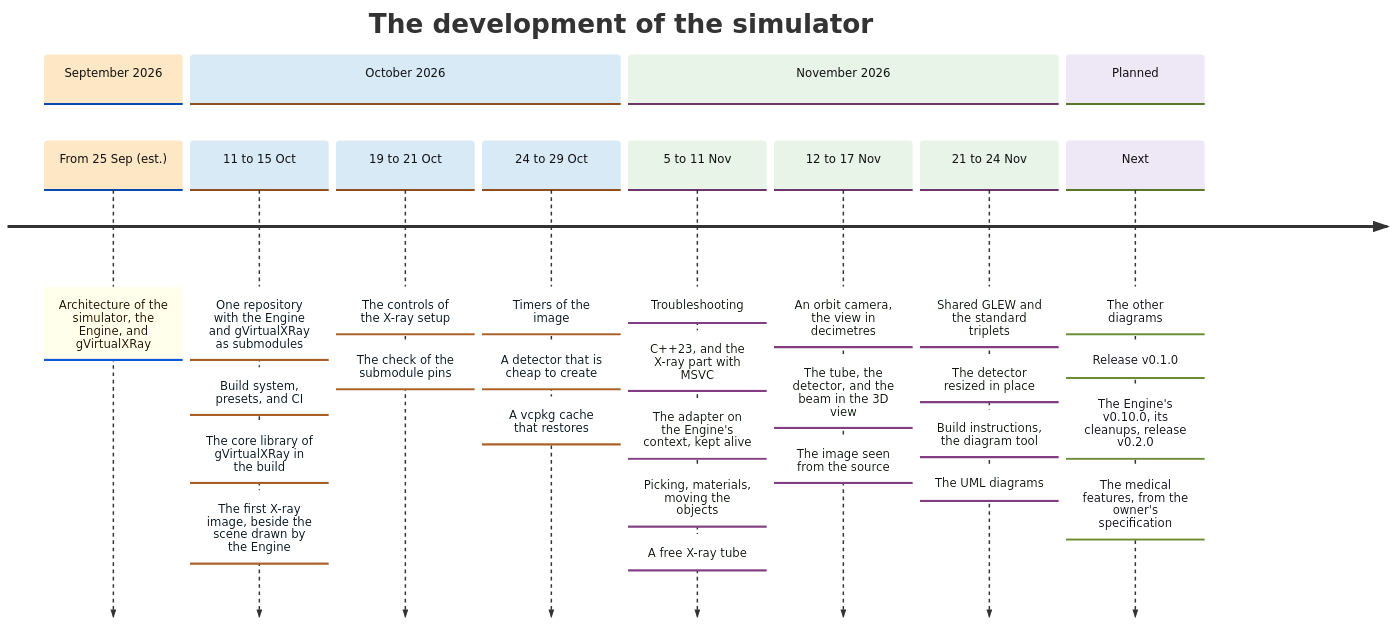
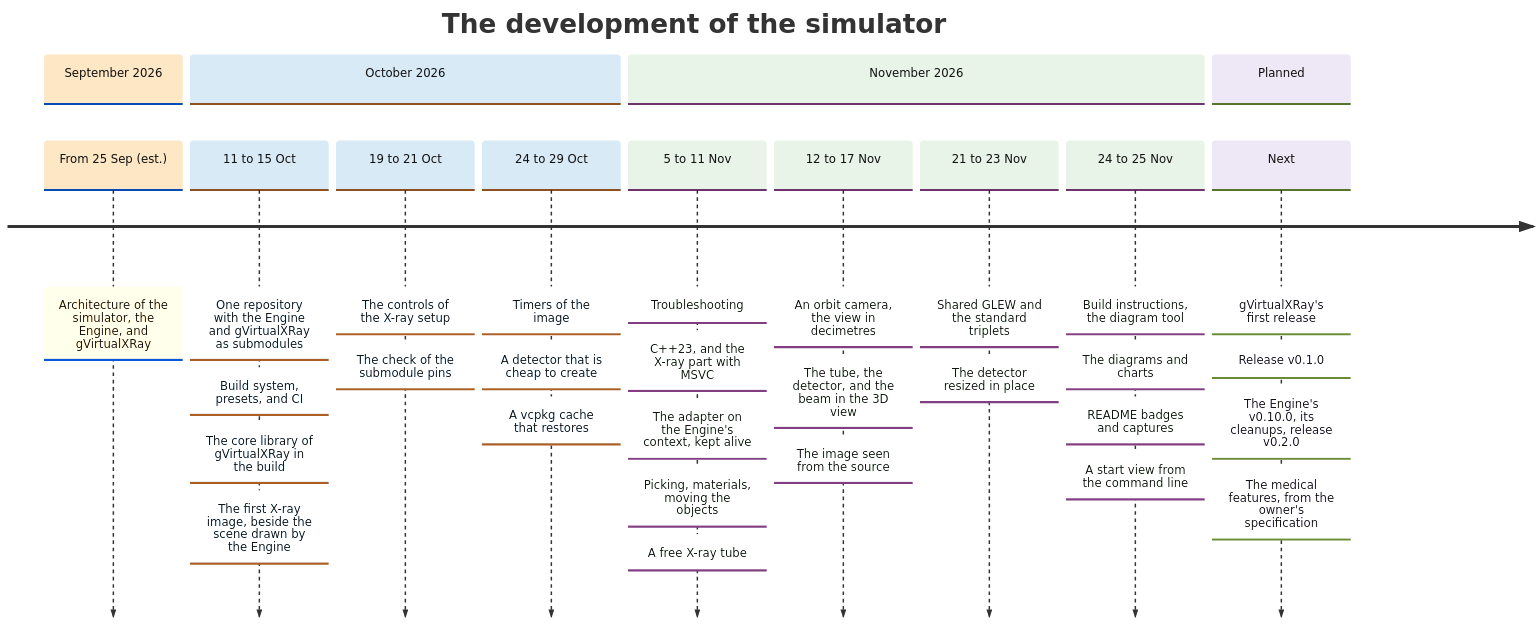
The diagram in docs/diagrams/chronology/simulator_timeline.mmd (emartg/xray-sim), drawn with Mermaid before and after one commit. The commit also changed 19 other files, not shown here.

First line of the commit message:
Show the Whole X-ray Setup in the README and Update the Documents and Diagrams

```diff
--- a/docs/diagrams/chronology/simulator_timeline.mmd
+++ b/docs/diagrams/chronology/simulator_timeline.mmd
@@ -1,32 +1,33 @@
 ---
 config:
   fontFamily: "Segoe UI, Arial, sans-serif"
   theme: base
   themeVariables:
     fontSize: 16px
     cScale0: "#fde7c4"
     cScale1: "#d9eaf7"
     cScale2: "#e8f4e8"
     cScale3: "#ede7f6"
     cScaleLabel0: "#111111"
     cScaleLabel1: "#111111"
     cScaleLabel2: "#111111"
     cScaleLabel3: "#111111"
 ---
 %% The development of the simulator, from the merges of the main branch (git log --first-parent), named by the work done. September's
 %% analysis has no commit in this repository, so its date is an estimate (est.). Nothing planned has a date until it is merged.
 %% Kept by hand: each release adds its row, and the planned items move up when they are merged.
 timeline
     title The development of the simulator
     section September 2026
         From 25 Sep (est.) : Architecture of the simulator, the Engine, and gVirtualXRay
     section October 2026
         11 to 15 Oct : One repository with the Engine and gVirtualXRay as submodules : Build system, presets, and CI : The core library of gVirtualXRay in the build : The first X-ray image, beside the scene drawn by the Engine
         19 to 21 Oct : The controls of the X-ray setup : The check of the submodule pins
         24 to 29 Oct : Timers of the image : A detector that is cheap to create : A vcpkg cache that restores
     section November 2026
         5 to 11 Nov : Troubleshooting : C++23, and the X-ray part with MSVC : The adapter on the Engine's context, kept alive : Picking, materials, moving the objects : A free X-ray tube
         12 to 17 Nov : An orbit camera, the view in decimetres : The tube, the detector, and the beam in the 3D view : The image seen from the source
-        21 to 24 Nov : Shared GLEW and the standard triplets : The detector resized in place : Build instructions, the diagram tool : The UML diagrams
+        21 to 23 Nov : Shared GLEW and the standard triplets : The detector resized in place
+        24 to 25 Nov : Build instructions, the diagram tool : The diagrams and charts : README badges and captures : A start view from the command line
     section Planned
-        Next : The other diagrams : Release v0.1.0 : The Engine's v0.10.0, its cleanups, release v0.2.0 : The medical features, from the owner's specification
+        Next : gVirtualXRay's first release : Release v0.1.0 : The Engine's v0.10.0, its cleanups, release v0.2.0 : The medical features, from the owner's specification
```
